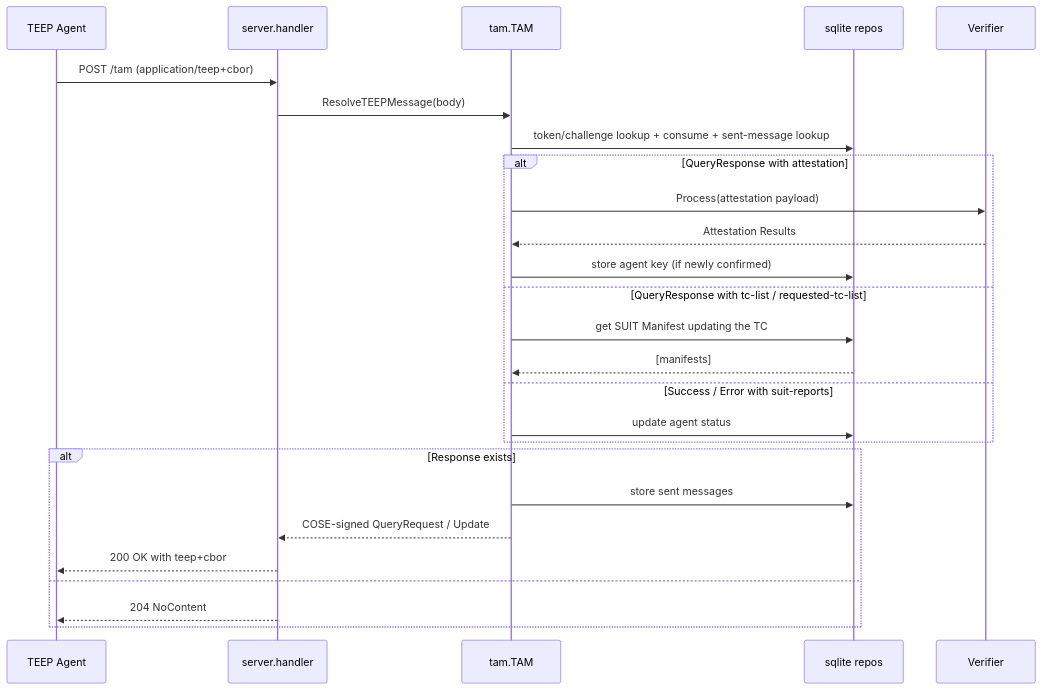
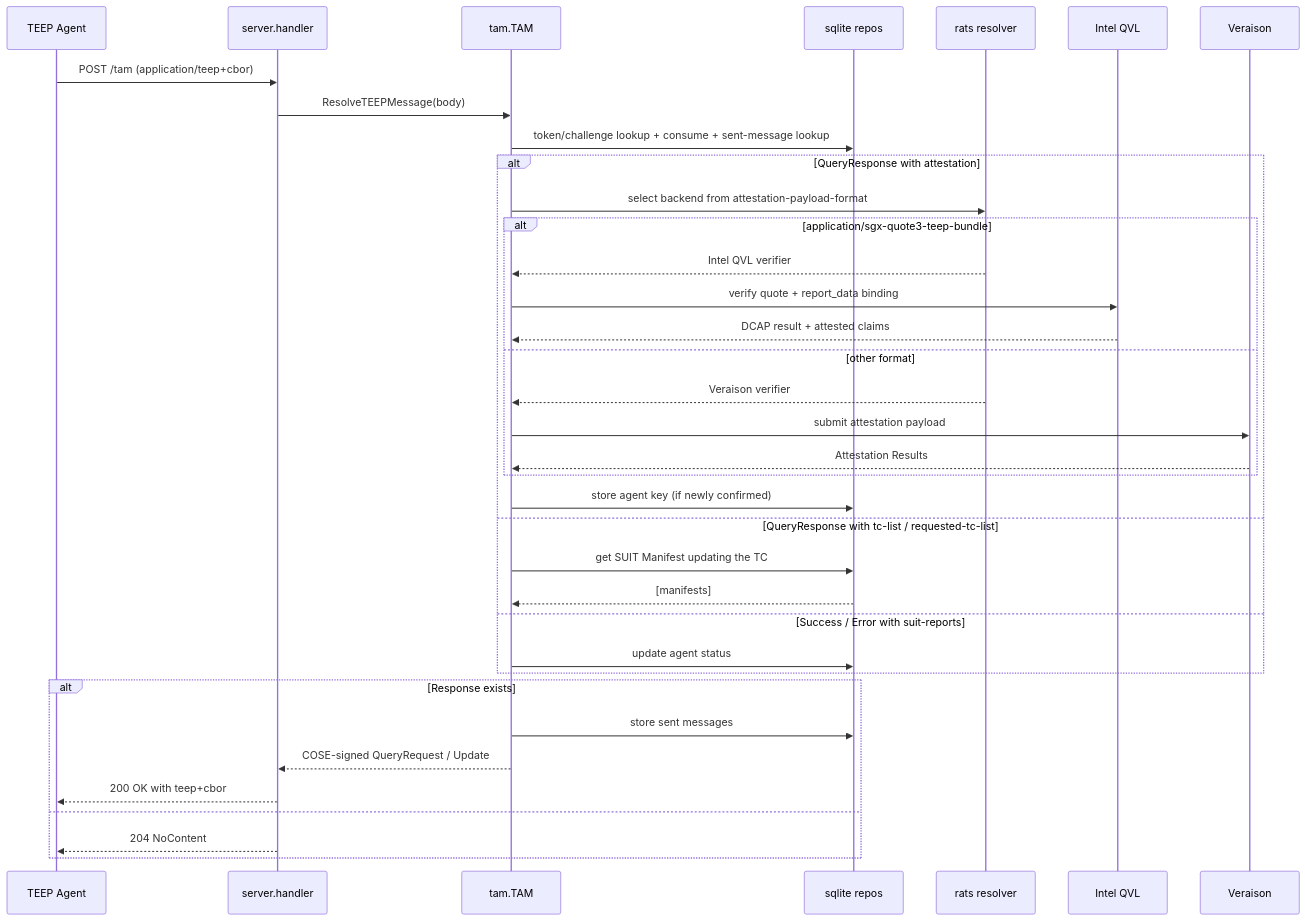
Before and after one commit to kentakayama/AttesTAM: the third of 4 diagrams in doc/INTERNAL_DESIGN.md, drawn with Mermaid. The commit also changed other lines of this file and 6 other files, not shown here.

````diff
--- a/doc/INTERNAL_DESIGN.md
+++ b/doc/INTERNAL_DESIGN.md
@@ -82,30 +87,40 @@
 ```mermaid
 sequenceDiagram
     participant Client as TEEP Agent
     participant H as server.handler
     participant T as tam.TAM
     participant DB as sqlite repos
-    participant V as Verifier
+    participant R as rats resolver
+    participant Q as Intel QVL
+    participant V as Veraison
 
     Client->>H: POST /tam (application/teep+cbor)
     H->>T: ResolveTEEPMessage(body)
     T->>DB: token/challenge lookup + consume + sent-message lookup
     alt QueryResponse with attestation
-        T->>V: Process(attestation payload)
-        V-->>T: Attestation Results
+        T->>R: select backend from attestation-payload-format
+        alt application/sgx-quote3-teep-bundle
+            R-->>T: Intel QVL verifier
+            T->>Q: verify quote + report_data binding
+            Q-->>T: DCAP result + attested claims
+        else other format
+            R-->>T: Veraison verifier
+            T->>V: submit attestation payload
+            V-->>T: Attestation Results
+        end
         T->>DB: store agent key (if newly confirmed)
     else QueryResponse with tc-list / requested-tc-list
         T->>DB: get SUIT Manifest updating the TC
         DB-->>T: [manifests]
     else Success / Error with suit-reports
         T->>DB: update agent status
     end
 
     alt Response exists
         T->>DB: store sent messages
         T-->>H: COSE-signed QueryRequest / Update
         H-->>Client: 200 OK with teep+cbor
     else
         H-->>Client: 204 NoContent
     end
 ```
````
